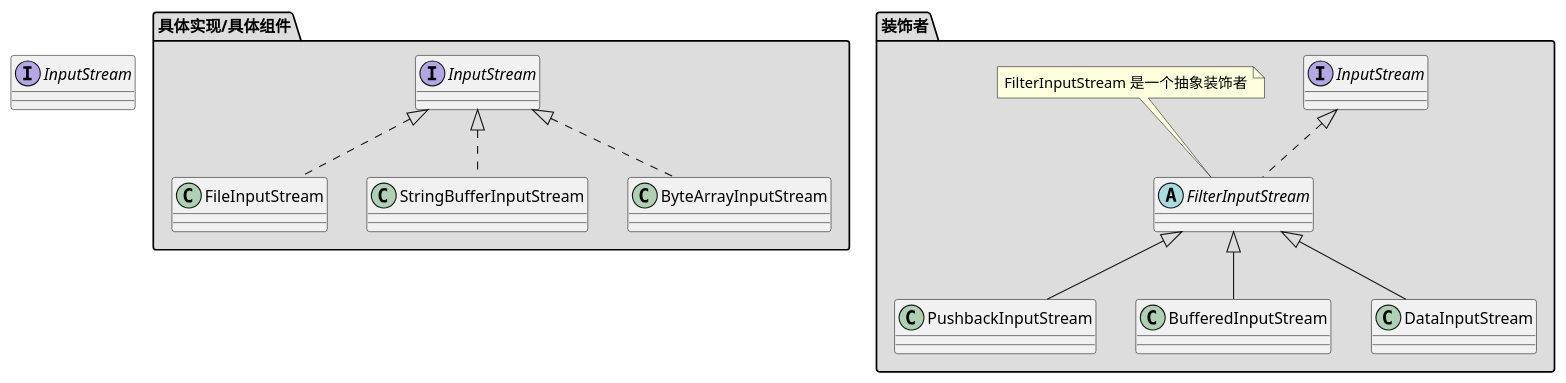
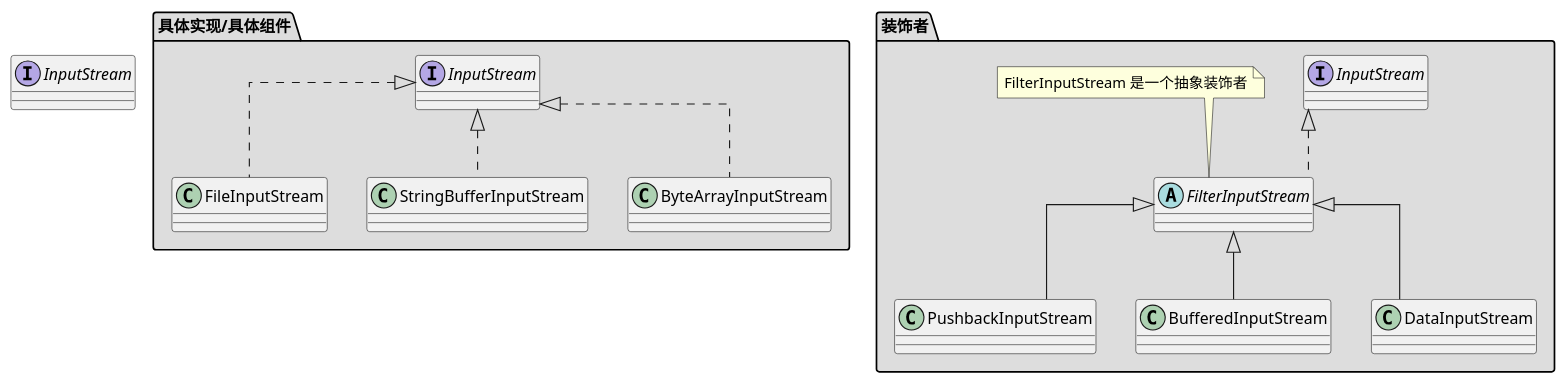
The eighth of 16 diagrams in UltiSnips/design_patterns.md (lindezhong/my-vim-config), drawn with PlantUML before and after one commit. The commit also changed other lines of this file, not shown here.

````diff
--- a/UltiSnips/design_patterns.md
+++ b/UltiSnips/design_patterns.md
@@ -927,22 +986,23 @@
 ```plantuml
 @startuml
 
+skinparam linetype ortho
 interface InputStream {}
 
 package "具体实现/具体组件" #DDDDDD {
     class FileInputStream implements InputStream {}
     class StringBufferInputStream implements InputStream {}
     class ByteArrayInputStream implements InputStream {}
 }
 
 package "装饰者" #DDDDDD {
     abstract FilterInputStream implements InputStream {}
     note top of FilterInputStream : FilterInputStream 是一个抽象装饰者
 
     class PushbackInputStream extends FilterInputStream {}
     class BufferedInputStream extends FilterInputStream {}
     class DataInputStream extends FilterInputStream {}
 }
 
 @enduml
 ```
````
